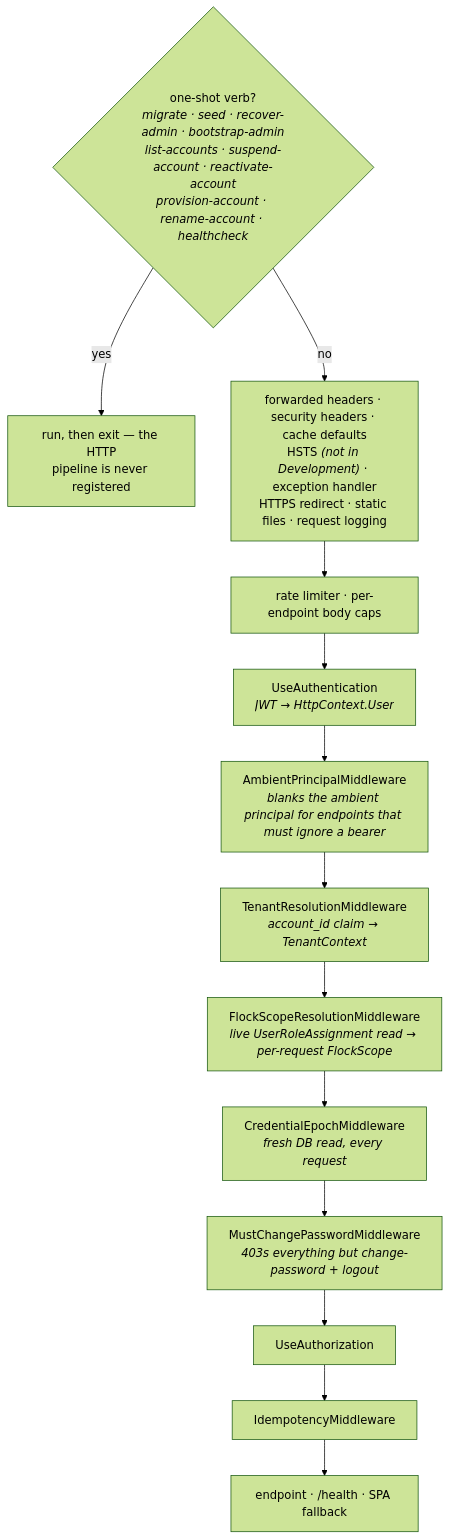
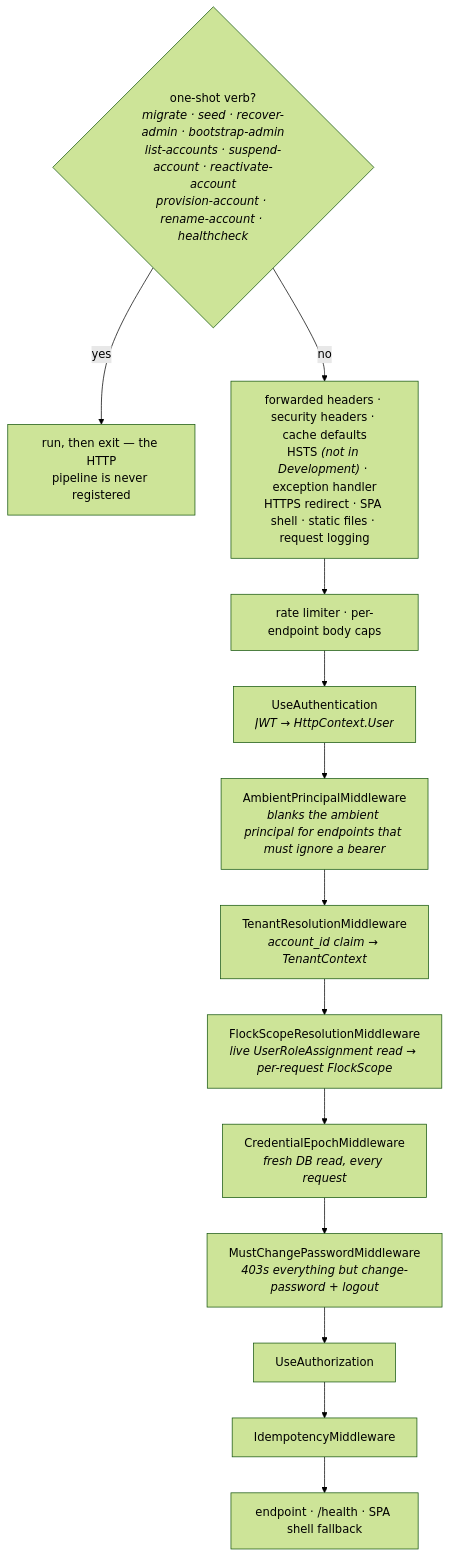
The first of 4 diagrams in docs/architecture.md (mforce/cluckwork), drawn with Mermaid (forest theme) before and after one commit. The commit also changed other lines of this file and 15 other files, not shown here.

````diff
--- a/docs/architecture.md
+++ b/docs/architecture.md
@@ -20,18 +20,18 @@
 ```mermaid
 flowchart TD
     CLI{"one-shot verb?<br/><i>migrate · seed · recover-admin · bootstrap-admin<br/>list-accounts · suspend-account · reactivate-account<br/>provision-account · rename-account · healthcheck</i>"}
     CLI -->|yes| EXIT["run, then exit — the HTTP<br/>pipeline is never registered"]
     CLI -->|no| EDGE
 
-    EDGE["forwarded headers · security headers · cache defaults<br/>HSTS <i>(not in Development)</i> · exception handler<br/>HTTPS redirect · static files · request logging"]
+    EDGE["forwarded headers · security headers · cache defaults<br/>HSTS <i>(not in Development)</i> · exception handler<br/>HTTPS redirect · SPA shell · static files · request logging"]
     EDGE --> LIMITS["rate limiter · per-endpoint body caps"]
     LIMITS --> AUTHN["UseAuthentication<br/><i>JWT → HttpContext.User</i>"]
     AUTHN --> AMBIENT["AmbientPrincipalMiddleware<br/><i>blanks the ambient principal for endpoints that must ignore a bearer</i>"]
     AMBIENT --> TENANT["TenantResolutionMiddleware<br/><i>account_id claim → TenantContext</i>"]
     TENANT --> FLOCKSCOPE["FlockScopeResolutionMiddleware<br/><i>live UserRoleAssignment read → per-request FlockScope</i>"]
     FLOCKSCOPE --> EPOCH["CredentialEpochMiddleware<br/><i>fresh DB read, every request</i>"]
     EPOCH --> MCP["MustChangePasswordMiddleware<br/><i>403s everything but change-password + logout</i>"]
     MCP --> AUTHZ["UseAuthorization"]
     AUTHZ --> IDEM["IdempotencyMiddleware"]
-    IDEM --> ENDPOINT["endpoint · /health · SPA fallback"]
+    IDEM --> ENDPOINT["endpoint · /health · SPA shell fallback"]
 ```
````
